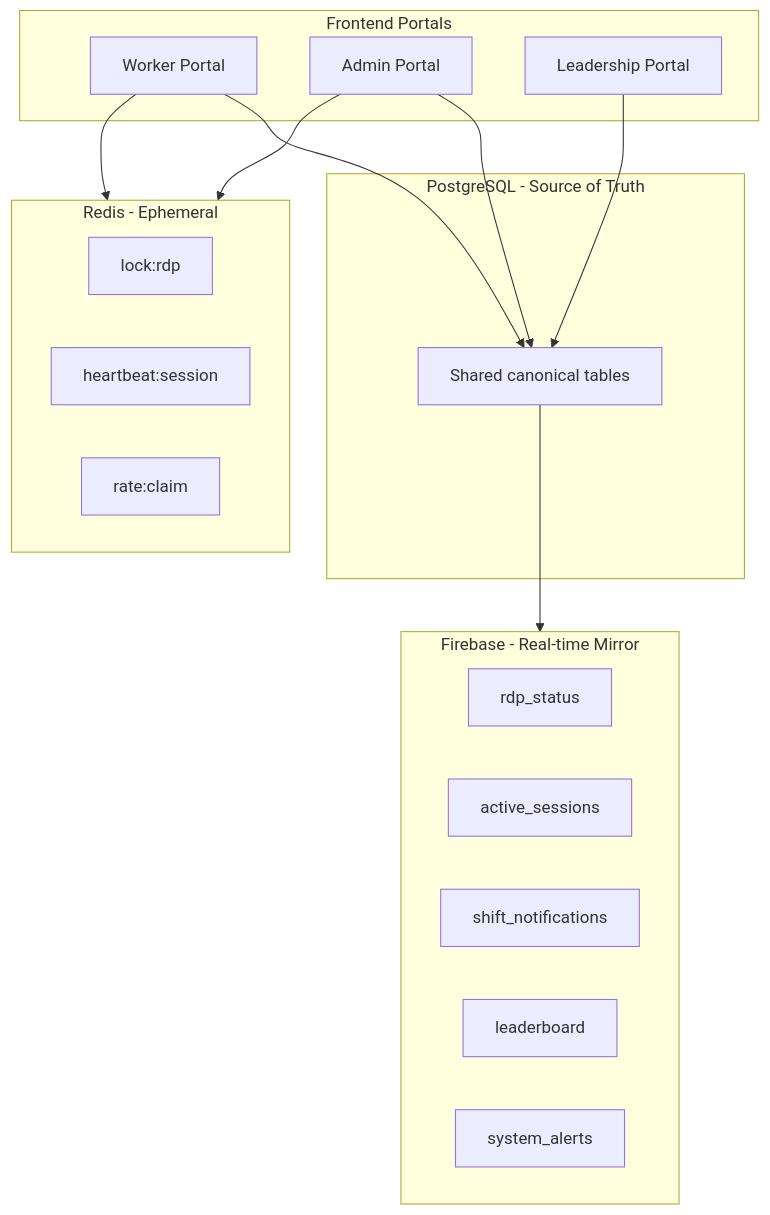
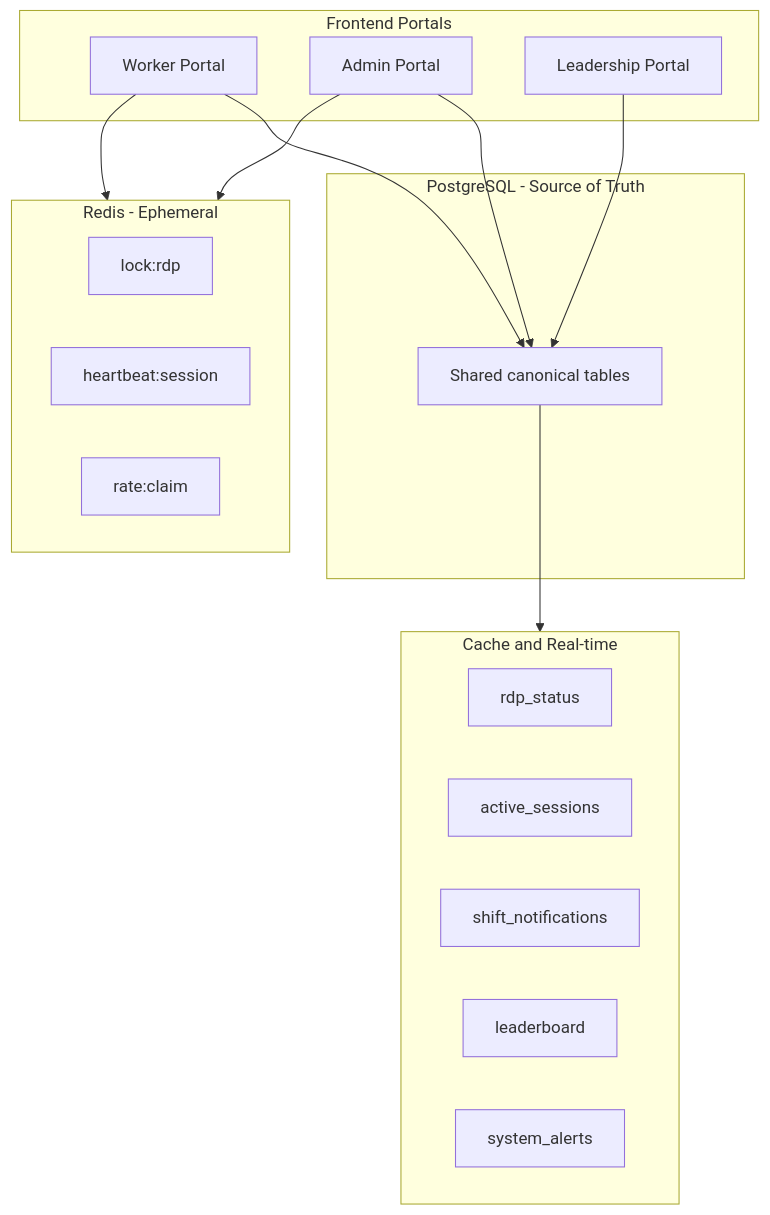
The first of 7 diagrams in docs/data-models.md (supportglobalsolutions-ui/Workforce-Allocation-Platform), drawn with Mermaid before and after one commit. The commit also changed other lines of this file and 27 other files, not shown here.

````diff
--- a/docs/data-models.md
+++ b/docs/data-models.md
@@ -63,33 +63,33 @@
 ```mermaid
 flowchart TB
     subgraph portals [Frontend Portals]
         WorkerPortal[Worker Portal]
         AdminPortal[Admin Portal]
         ExecPortal[Leadership Portal]
     end
 
     subgraph postgres [PostgreSQL - Source of Truth]
         CoreTables[Shared canonical tables]
     end
 
-    subgraph realtime [Firebase - Real-time Mirror]
+    subgraph realtime [Cache and Real-time]
         RdpStatus[rdp_status]
         ActiveSessions[active_sessions]
         Notifications[shift_notifications]
         Leaderboard[leaderboard]
         Alerts[system_alerts]
     end
 
     subgraph locks [Redis - Ephemeral]
         ClaimLock["lock:rdp"]
         Heartbeat["heartbeat:session"]
         RateLimit["rate:claim"]
     end
 
     WorkerPortal --> CoreTables
     AdminPortal --> CoreTables
     ExecPortal --> CoreTables
     CoreTables --> realtime
     AdminPortal --> locks
     WorkerPortal --> locks
 ```
````
